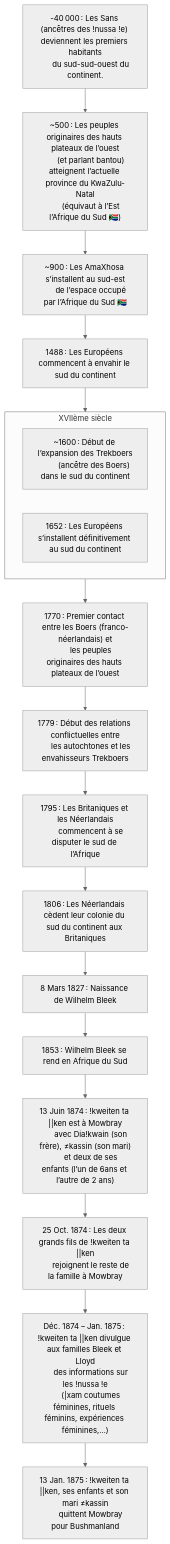
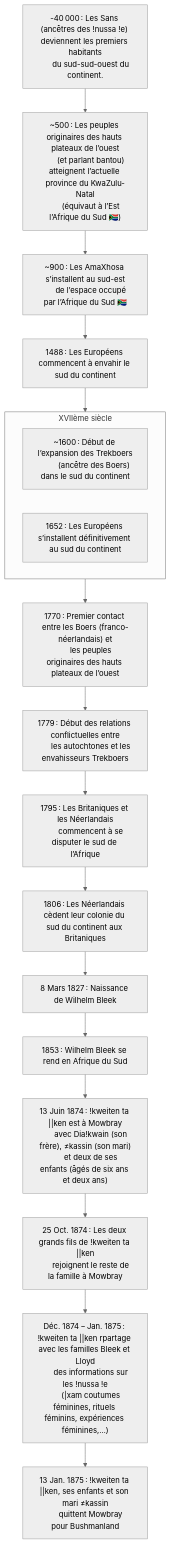
The diagram in en-cours/personnalite/femme/chasseuse-ceuilleuse/rachel.md (ba-moun/Ba-Moun-Save), drawn with Mermaid (neutral theme) before and after one commit. The commit also changed other lines of this file, not shown here.

````diff
--- a/en-cours/personnalite/femme/chasseuse-ceuilleuse/rachel.md
+++ b/en-cours/personnalite/femme/chasseuse-ceuilleuse/rachel.md
@@ -14,59 +14,59 @@
 ```mermaid
 flowchart TB
    
    Khoïsan["-40 000 : Les Sans (ancêtres des !nussa !e) deviennent les premiers habitants
       du sud-sud-ouest du continent."]
    
    grassland["~500 : Les peuples originaires des hauts plateaux de l’ouest
       (et parlant bantou) atteignent l’actuelle province du KwaZulu-Natal
       (équivaut à l’Est l’Afrique du Sud 🇿🇦)"]
    
    amaXhosa["~900 : Les AmaXhosa s’installent au sud-est
       de l’espace occupé par l’Afrique du Sud 🇿🇦"]
    
    europeanInvasion["1488 : Les Européens commencent à envahir le sud du continent"]
    
    subgraph 17thCentury["XVIIème siècle"]
       boersExpantion["~1600 : Début de l’expansion des Trekboers
          (ancêtre des Boers) dans le sud du continent"]
       
       europeanInvasionNextStep["1652 : Les Européens s’installent définitivement au sud du continent"]
    end
    
    boersArrive["1770 : Premier contact entre les Boers (franco-néerlandais) et
       les peuples originaires des hauts plateaux de l’ouest"]
    
    boersConflict["1779 : Début des relations conflictuelles entre
       les autochtones et les envahisseurs Trekboers"]
       
    europeanFightInZABegin["1795 : Les Britaniques et les Néerlandais
       commencent à se disputer le sud de l’Afrique"]
    
 
    europeanFightInZAEnd["1806 : Les Néerlandais cèdent leur colonie du sud du continent aux Britaniques"]
                
    wilhelmBleekbirth["8 Mars 1827 : Naissance de Wilhelm Bleek"]
                
    wBleekInZA["1853 : Wilhelm Bleek se rend en Afrique du Sud"]
       
    kweitenTaKenInMowbray["13 Juin 1874 : !kweiten ta ||ken est à Mowbray
       avec Dia!kwain (son frère), ≠kassin (son mari)
-      et deux de ses enfants (l’un de 6ans et l’autre de 2 ans)"]
+      et deux de ses enfants (âgés de six ans et deux ans)"]
                
    kTKOlderSons["25 Oct. 1874 : Les deux grands fils de !kweiten ta ||ken
       rejoignent le reste de la famille à Mowbray"]
    
-   kTKInformator["Déc. 1874 − Jan. 1875 : !kweiten ta ||ken divulgue aux familles Bleek et Lloyd
+   kTKInformator["Déc. 1874 − Jan. 1875 : !kweiten ta ||ken rpartage avec les familles Bleek et Lloyd
       des informations sur les !nussa !e
       (|xam coutumes féminines, rituels féminins, expériences féminines,…)"]
       
    kTKLittleFamilyLeaveMowbray["13 Jan. 1875 : !kweiten ta ||ken, ses enfants et son mari ≠kassin
       quittent Mowbray pour Bushmanland"]
    
    Khoïsan --> grassland --> amaXhosa --> europeanInvasion -->
    17thCentury --> boersArrive --> boersConflict --> 
    europeanFightInZABegin --> europeanFightInZAEnd -->
    wilhelmBleekbirth --> wBleekInZA --> kweitenTaKenInMowbray -->
    kTKOlderSons --> kTKInformator --> kTKLittleFamilyLeaveMowbray
    
 ```
````
